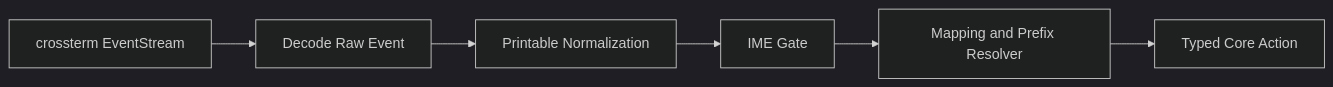
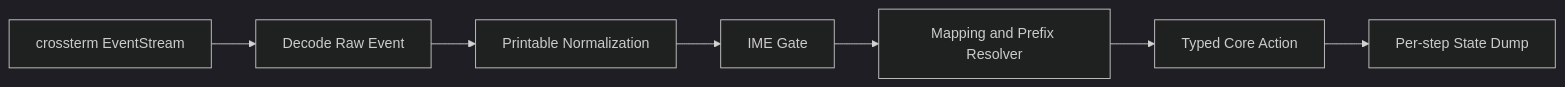
The diagram in docs/spec/architecture/input-decoding.md (lkjsxc/kjxlkj), drawn with Mermaid (dark theme) before and after one commit. The commit also changed other lines of this file and 28 other files, not shown here.

````diff
--- a/docs/spec/architecture/input-decoding.md
+++ b/docs/spec/architecture/input-decoding.md
@@ -9,8 +9,9 @@
 ```mermaid
 graph LR
   EVT[crossterm EventStream] --> DEC[Decode Raw Event]
   DEC --> NORM[Printable Normalization]
   NORM --> IME[IME Gate]
   IME --> MAP[Mapping and Prefix Resolver]
   MAP --> CORE[Typed Core Action]
+  CORE --> DUMP[Per-step State Dump]
 ```
````
